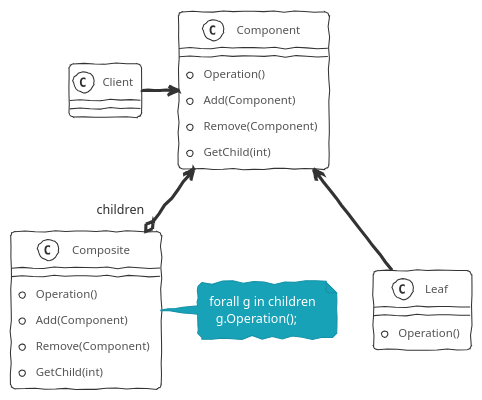
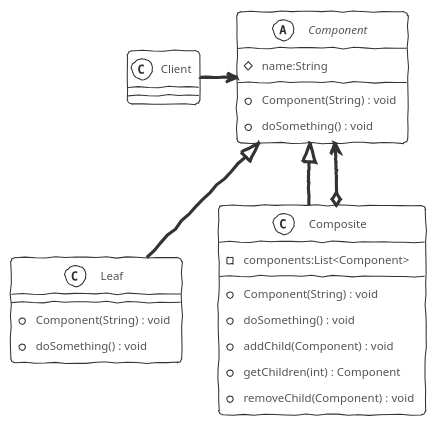
The diagram in source/_posts/DesignPatterns/composite.md (xiahubs/xiahubs.github.io), drawn with PlantUML before and after one commit. The commit also changed 18 other files, not shown here.

```diff
--- a/source/_posts/DesignPatterns/composite.md
+++ b/source/_posts/DesignPatterns/composite.md
@@ -8,29 +8,34 @@
 {% plantuml %}
 !theme sketchy-outline
-class Client {
 
+class Client
+
+abstract class Component
+{
+#name:String
+  + Component(String) : void
+  + doSomething() : void
 }
-class Component {
-  + Operation()
-  + Add(Component)
-  + Remove(Component)
-  + GetChild(int)
+
+class Leaf
+{
+  + Component(String) : void
+  + doSomething() : void
 }
-class Leaf {
-  + Operation()
+
+class Composite
+{
+-components:List<Component>
+  + Component(String) : void
+  + doSomething() : void
+  + addChild(Component) : void
+  + getChildren(int) : Component
+  + removeChild(Component) : void
 }
-class Composite {
-  + Operation()
-  + Add(Component)
-  + Remove(Component)
-  + GetChild(int)
-}
-note right of Composite
-  forall g in children
-    g.Operation();
-end note
 
-Client -right-> Component
-Leaf -up-> Component
-Composite "children" o-up-> Component 
+Component <-left- Client
+Component <|-- Leaf
+Component <|-- Composite
+Component <--o Composite
+
 {% endplantuml %}
```
